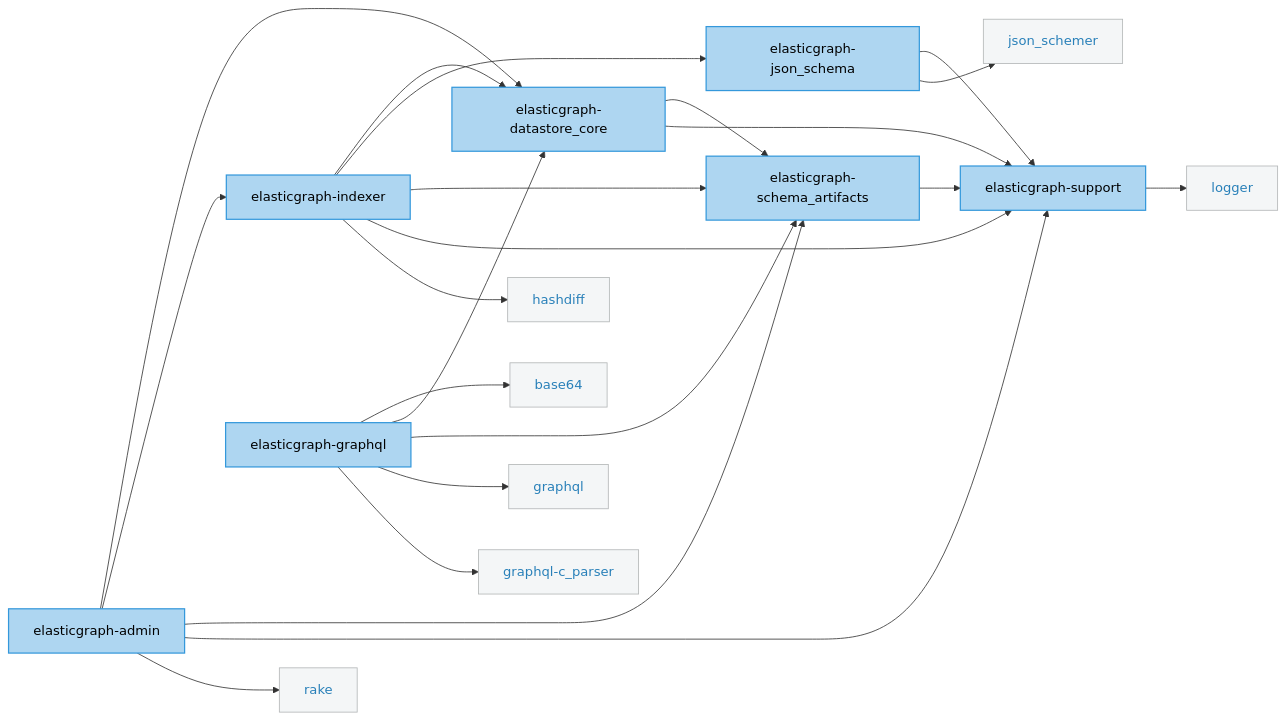
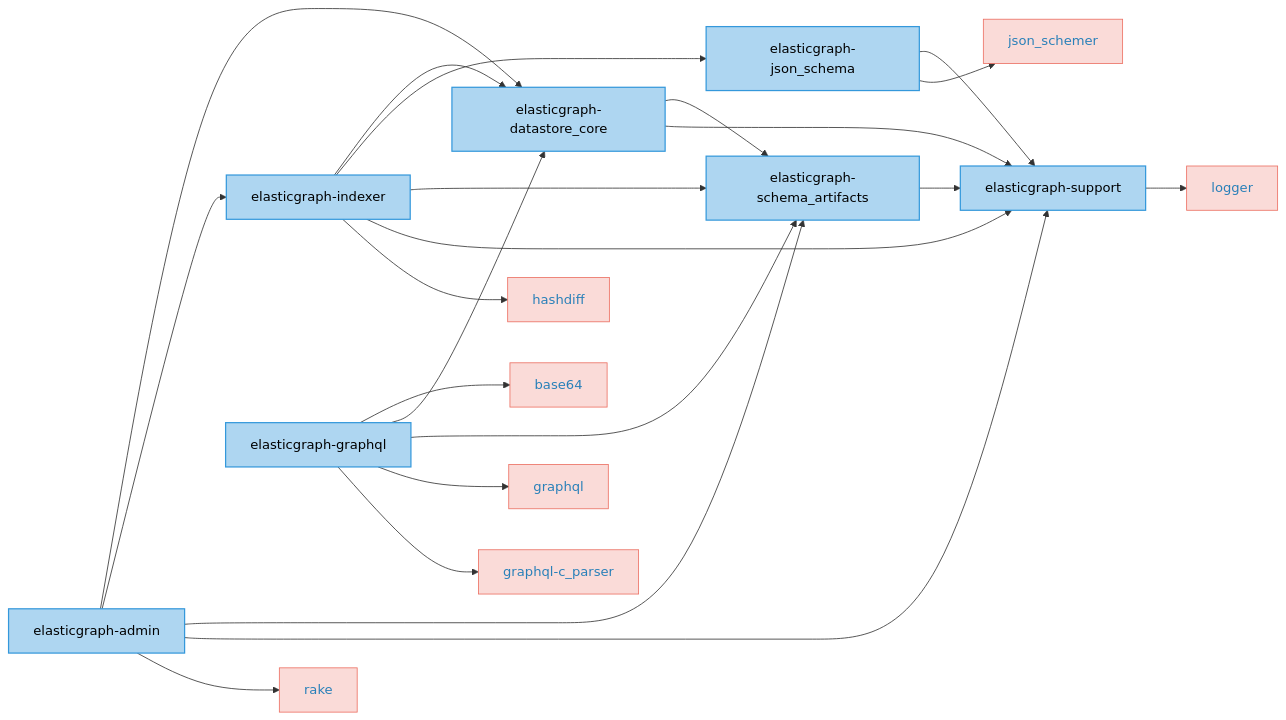
One commit to block/elasticgraph changed the first of 5 diagrams in CODEBASE_OVERVIEW.md. Above: the diagram before and after it, drawn with Mermaid. The commit also changed other lines of this file and 23 other files, not shown here.

````diff
--- a/CODEBASE_OVERVIEW.md
+++ b/CODEBASE_OVERVIEW.md
@@ -21,62 +21,62 @@
 ```mermaid
 graph LR;
     classDef currentCategoryGemStyle fill:#AED6F1,stroke:#3498DB,color:#000,stroke-width:1.5px;
     classDef otherEgGemStyle fill:#A9DFBF,stroke:#2ECC71,color:#000;
-    classDef externalGemCatStyle fill:#F4F6F7,stroke:#B3B6B7,color:#2980B9;
+    classDef externalGemCatStyle fill:#FADBD8,stroke:#EC7063,color:#2980B9;
     elasticgraph-admin["elasticgraph-admin"];
     elasticgraph-datastore_core["elasticgraph-datastore_core"];
     elasticgraph-indexer["elasticgraph-indexer"];
     elasticgraph-schema_artifacts["elasticgraph-schema_artifacts"];
     elasticgraph-support["elasticgraph-support"];
     rake["rake"];
     elasticgraph-graphql["elasticgraph-graphql"];
     base64["base64"];
     graphql["graphql"];
     graphql-c_parser["graphql-c_parser"];
     elasticgraph-json_schema["elasticgraph-json_schema"];
     hashdiff["hashdiff"];
     json_schemer["json_schemer"];
     logger["logger"];
     elasticgraph-admin --> elasticgraph-datastore_core;
     elasticgraph-admin --> elasticgraph-indexer;
     elasticgraph-admin --> elasticgraph-schema_artifacts;
     elasticgraph-admin --> elasticgraph-support;
     elasticgraph-admin --> rake;
     elasticgraph-datastore_core --> elasticgraph-schema_artifacts;
     elasticgraph-datastore_core --> elasticgraph-support;
     elasticgraph-graphql --> base64;
     elasticgraph-graphql --> elasticgraph-datastore_core;
     elasticgraph-graphql --> elasticgraph-schema_artifacts;
     elasticgraph-graphql --> graphql;
     elasticgraph-graphql --> graphql-c_parser;
     elasticgraph-indexer --> elasticgraph-datastore_core;
     elasticgraph-indexer --> elasticgraph-json_schema;
     elasticgraph-indexer --> elasticgraph-schema_artifacts;
     elasticgraph-indexer --> elasticgraph-support;
     elasticgraph-indexer --> hashdiff;
     elasticgraph-json_schema --> elasticgraph-support;
     elasticgraph-json_schema --> json_schemer;
     elasticgraph-schema_artifacts --> elasticgraph-support;
     elasticgraph-support --> logger;
     class elasticgraph-admin currentCategoryGemStyle;
     class elasticgraph-datastore_core currentCategoryGemStyle;
     class elasticgraph-indexer currentCategoryGemStyle;
     class elasticgraph-schema_artifacts currentCategoryGemStyle;
     class elasticgraph-support currentCategoryGemStyle;
     class rake externalGemCatStyle;
     class elasticgraph-graphql currentCategoryGemStyle;
     class base64 externalGemCatStyle;
     class graphql externalGemCatStyle;
     class graphql-c_parser externalGemCatStyle;
     class elasticgraph-json_schema currentCategoryGemStyle;
     class hashdiff externalGemCatStyle;
     class json_schemer externalGemCatStyle;
     class logger externalGemCatStyle;
     click rake href "https://rubygems.org/gems/rake" "Open on RubyGems.org" _blank;
     click base64 href "https://rubygems.org/gems/base64" "Open on RubyGems.org" _blank;
     click graphql href "https://rubygems.org/gems/graphql" "Open on RubyGems.org" _blank;
     click graphql-c_parser href "https://rubygems.org/gems/graphql-c_parser" "Open on RubyGems.org" _blank;
     click hashdiff href "https://rubygems.org/gems/hashdiff" "Open on RubyGems.org" _blank;
     click json_schemer href "https://rubygems.org/gems/json_schemer" "Open on RubyGems.org" _blank;
     click logger href "https://rubygems.org/gems/logger" "Open on RubyGems.org" _blank;
 ```
````
